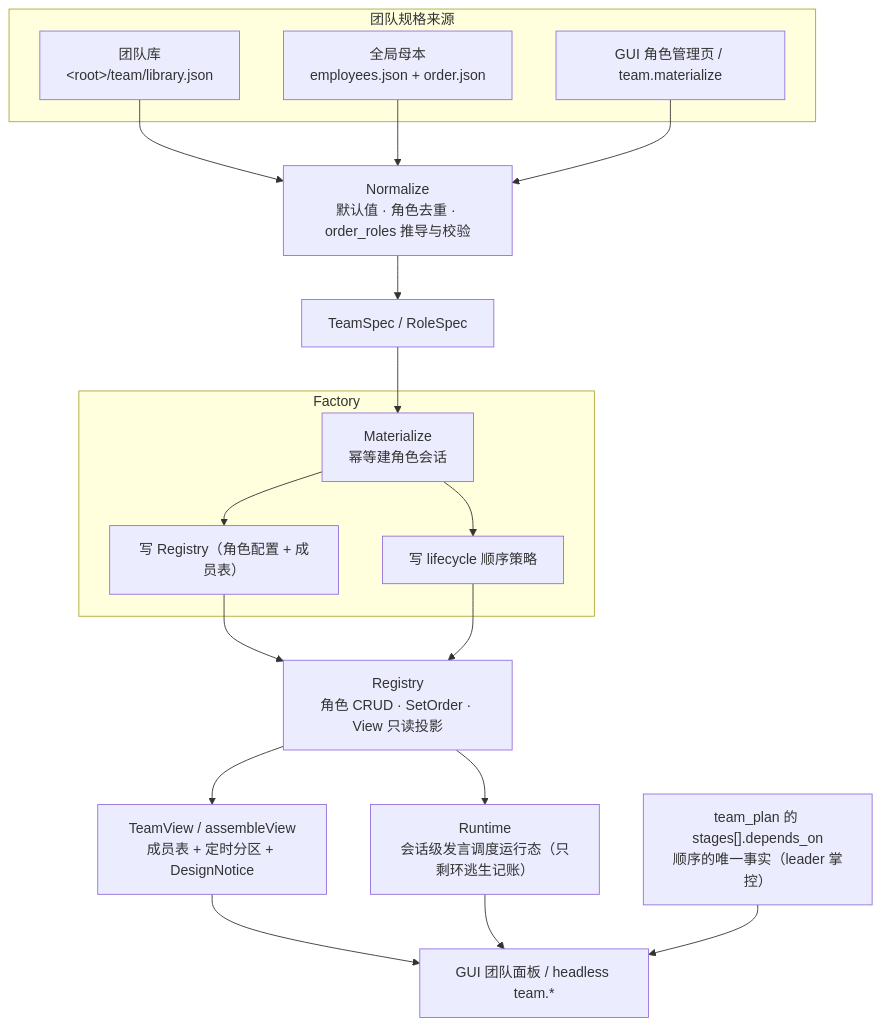
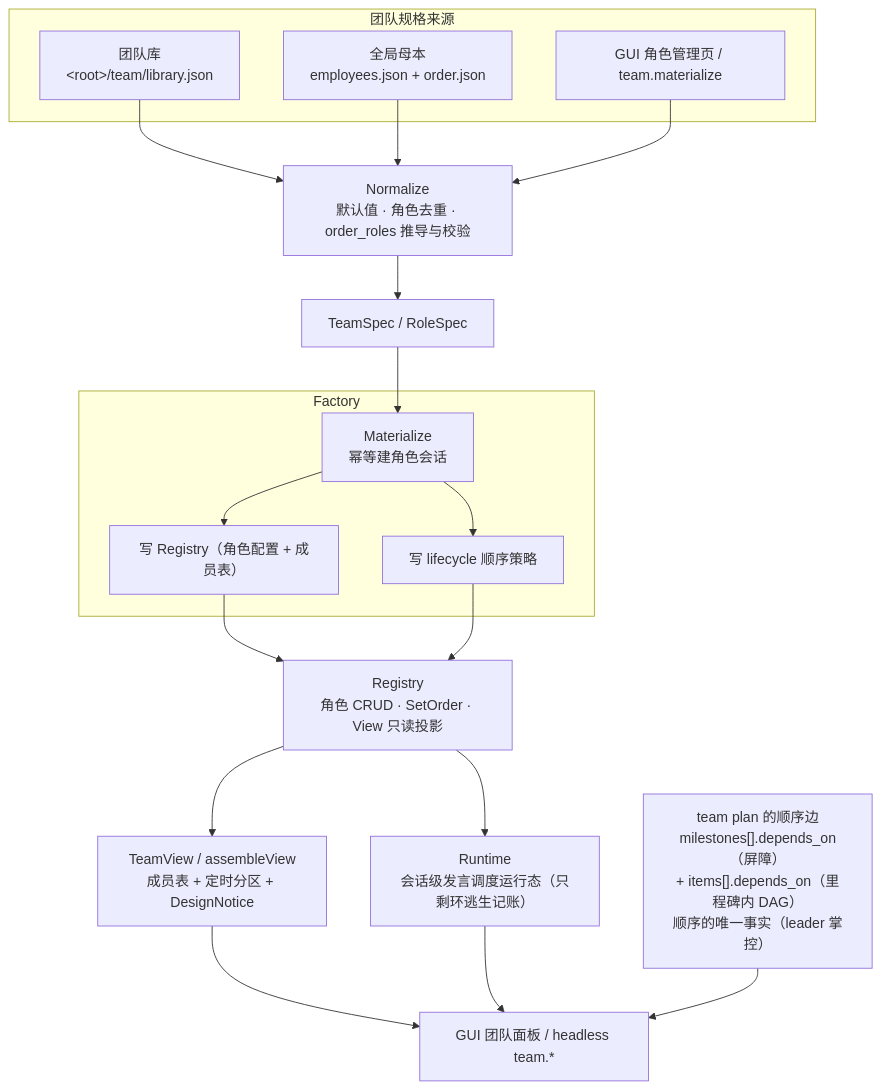
The first of 2 diagrams in application/core/agentteam/README.md (RedHuang-0622/seelex), drawn with Mermaid before and after one commit. The commit also changed other lines of this file and 70 other files, not shown here.

````diff
--- a/application/core/agentteam/README.md
+++ b/application/core/agentteam/README.md
@@ -55,38 +55,38 @@
 ```mermaid
 flowchart TB
     subgraph SOURCE["团队规格来源"]
         LIB["团队库<br/>&lt;root&gt;/team/library.json"]
         GLOBAL["全局母本<br/>employees.json + order.json"]
         UISPEC["GUI 角色管理页 / team.materialize"]
     end
 
     NORM["Normalize<br/>默认值 · 角色去重 · order_roles 推导与校验"]
     SPEC["TeamSpec / RoleSpec"]
 
     subgraph FACTORY["Factory"]
         MAT["Materialize<br/>幂等建角色会话"]
         REGW["写 Registry（角色配置 + 成员表）"]
         LIFE["写 lifecycle 顺序策略"]
     end
 
     REG["Registry<br/>角色 CRUD · SetOrder · View 只读投影"]
     VIEW["TeamView / assembleView<br/>成员表 + 定时分区 + DesignNotice"]
     RT["Runtime<br/>会话级发言调度运行态（只剩环逃生记账）"]
-    PLAN["team_plan 的 stages[].depends_on<br/>顺序的唯一事实（leader 掌控）"]
+    PLAN["team plan 的顺序边<br/>milestones[].depends_on（屏障）<br/>+ items[].depends_on（里程碑内 DAG）<br/>顺序的唯一事实（leader 掌控）"]
     FE["GUI 团队面板 / headless team.*"]
 
     LIB --> NORM
     GLOBAL --> NORM
     UISPEC --> NORM
     NORM --> SPEC
     SPEC --> MAT
     MAT --> REGW
     MAT --> LIFE
     REGW --> REG
     LIFE --> REG
     REG --> VIEW
     REG --> RT
     VIEW --> FE
     RT --> FE
     PLAN --> FE
 ```
````
